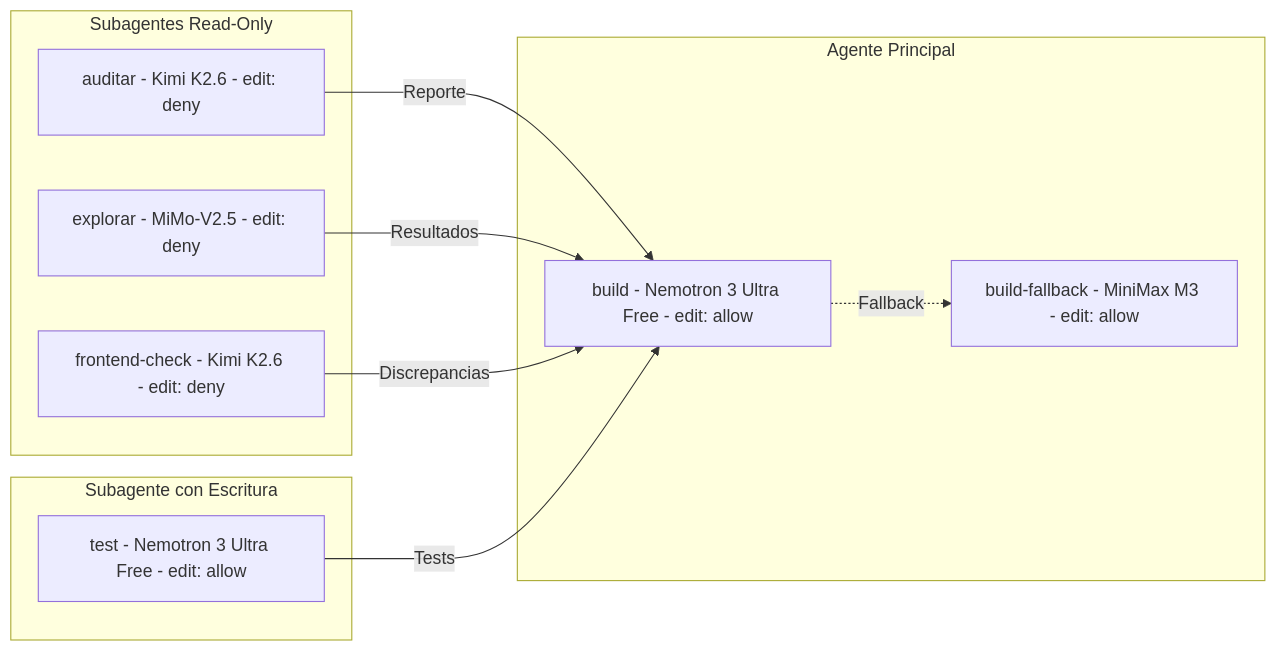
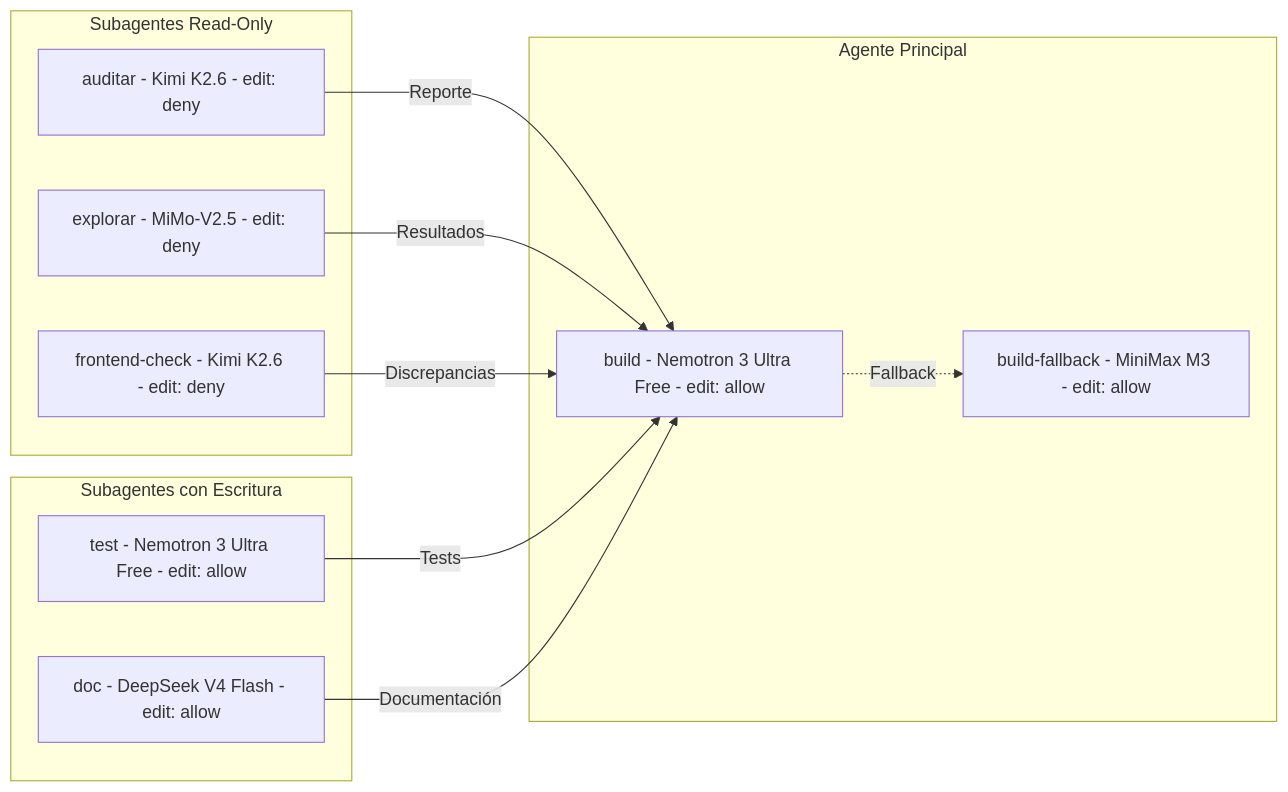
One commit to Santi746/vyntra-backend changed the second of 3 diagrams in docs/ai_usage/multi-agent-architecture.md. Above: the diagram before and after it, drawn with Mermaid. The commit also changed other lines of this file and 29 other files, not shown here.

````diff
--- a/docs/ai_usage/multi-agent-architecture.md
+++ b/docs/ai_usage/multi-agent-architecture.md
@@ -145,23 +145,25 @@
 ```mermaid
 graph LR
     subgraph "Subagentes Read-Only"
         A1[auditar - Kimi K2.6 - edit: deny]
         A2[explorar - MiMo-V2.5 - edit: deny]
         A3[frontend-check - Kimi K2.6 - edit: deny]
     end
 
-    subgraph "Subagente con Escritura"
+    subgraph "Subagentes con Escritura"
         A4[test - Nemotron 3 Ultra Free - edit: allow]
+        A7[doc - DeepSeek V4 Flash - edit: allow]
     end
 
     subgraph "Agente Principal"
         A5[build - Nemotron 3 Ultra Free - edit: allow]
         A6[build-fallback - MiniMax M3 - edit: allow]
     end
 
     A1 -->|Reporte| A5
     A2 -->|Resultados| A5
     A3 -->|Discrepancias| A5
     A4 -->|Tests| A5
+    A7 -->|Documentación| A5
     A5 -.->|Fallback| A6
 ```
````
